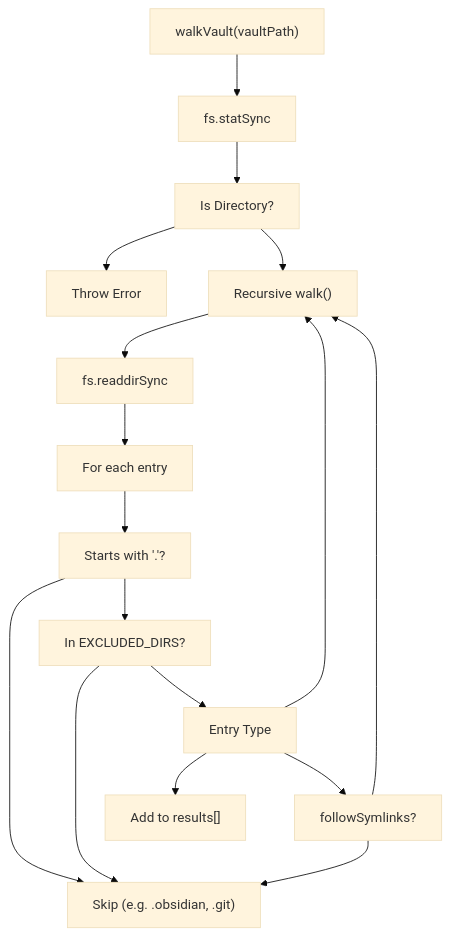
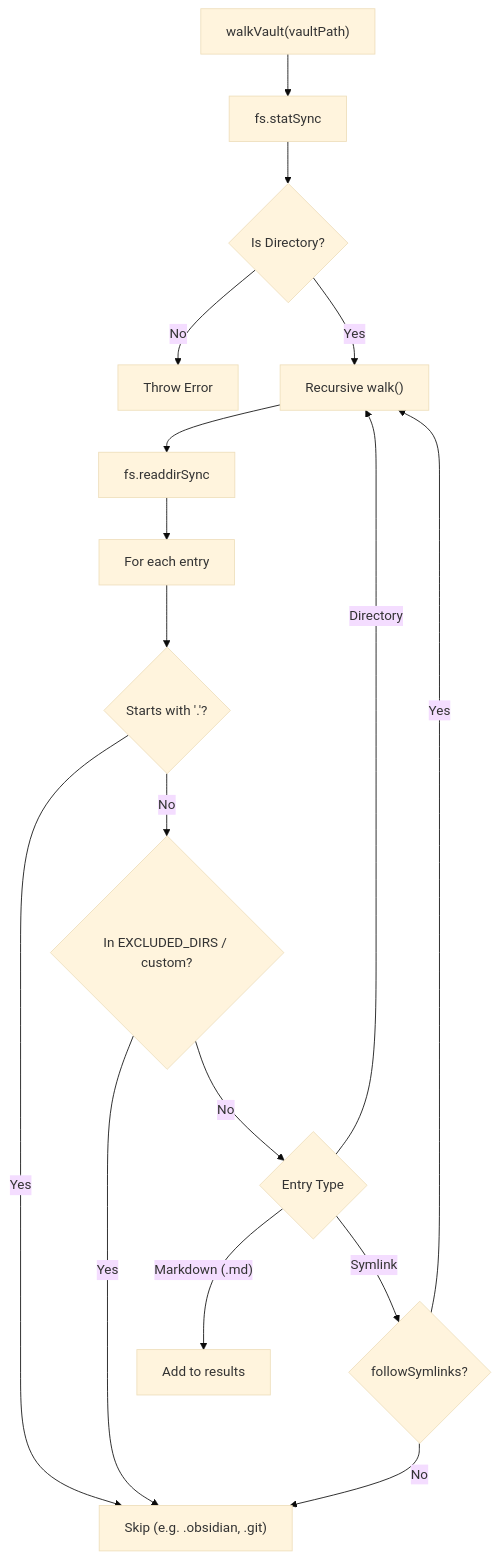
Before and after one commit to Kuldeep2822k/cli: the first of 2 diagrams in docs/04-3-vault-walker-and-file-cache.md, drawn with Mermaid (base theme). The commit also changed other lines of this file and 19 other files, not shown here.

````diff
--- a/docs/04-3-vault-walker-and-file-cache.md
+++ b/docs/04-3-vault-walker-and-file-cache.md
@@ -41,32 +33,19 @@
 ```mermaid
 flowchart TD
-    ROOT["walkVault(vaultPath)"]
-    STAT["fs.statSync"]
-    VALID["Is Directory?"]
-    ERR["Throw Error"]
-    RECURSE["Recursive walk()"]
-    ENTRIES["fs.readdirSync"]
-    LOOP["For each entry"]
-    IS_DOT["Starts with '.'?"]
-    SKIP["Skip (e.g. .obsidian, .git)"]
-    IS_EXCL["In EXCLUDED_DIRS?"]
-    TYPE["Entry Type"]
-    COLLECT["Add to results#91;#93;"]
-    SYM["followSymlinks?"]
-    ROOT --> STAT
-    STAT --> VALID
-    VALID --> ERR
-    VALID --> RECURSE
-    RECURSE --> ENTRIES
-    ENTRIES --> LOOP
-    LOOP --> IS_DOT
-    IS_DOT --> SKIP
-    IS_DOT --> IS_EXCL
-    IS_EXCL --> SKIP
-    IS_EXCL --> TYPE
-    TYPE --> RECURSE
-    TYPE --> COLLECT
-    TYPE --> SYM
-    SYM --> SKIP
-    SYM --> RECURSE
+    ROOT["walkVault(vaultPath)"] --> STAT["fs.statSync"]
+    STAT --> VALID{"Is Directory?"}
+    VALID -- "No" --> ERR["Throw Error"]
+    VALID -- "Yes" --> RECURSE["Recursive walk()"]
+    RECURSE --> ENTRIES["fs.readdirSync"]
+    ENTRIES --> LOOP["For each entry"]
+    LOOP --> IS_DOT{"Starts with '.'?"}
+    IS_DOT -- "Yes" --> SKIP["Skip (e.g. .obsidian, .git)"]
+    IS_DOT -- "No" --> IS_EXCL{"In EXCLUDED_DIRS / custom?"}
+    IS_EXCL -- "Yes" --> SKIP
+    IS_EXCL -- "No" --> TYPE{"Entry Type"}
+    TYPE -- "Directory" --> RECURSE
+    TYPE -- "Markdown (.md)" --> COLLECT["Add to results"]
+    TYPE -- "Symlink" --> SYM{"followSymlinks?"}
+    SYM -- "No" --> SKIP
+    SYM -- "Yes" --> RECURSE
 ```
````
